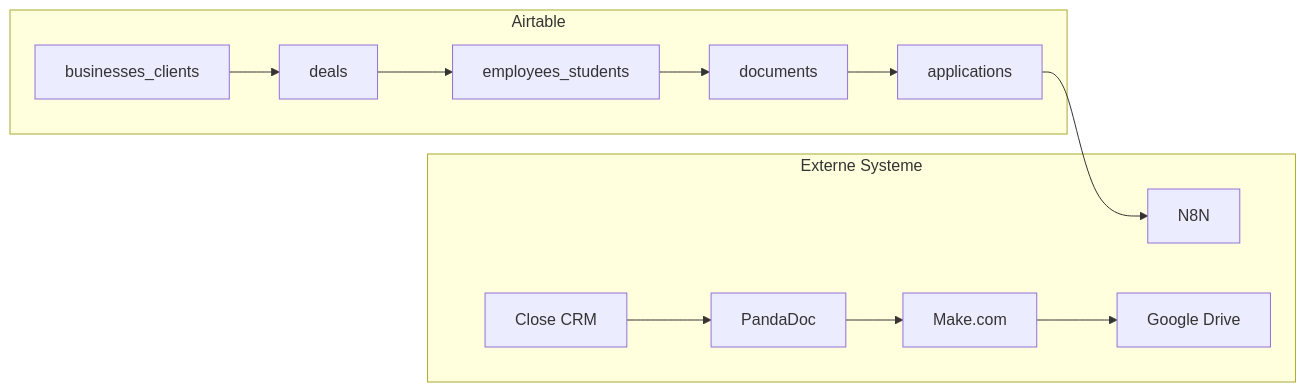
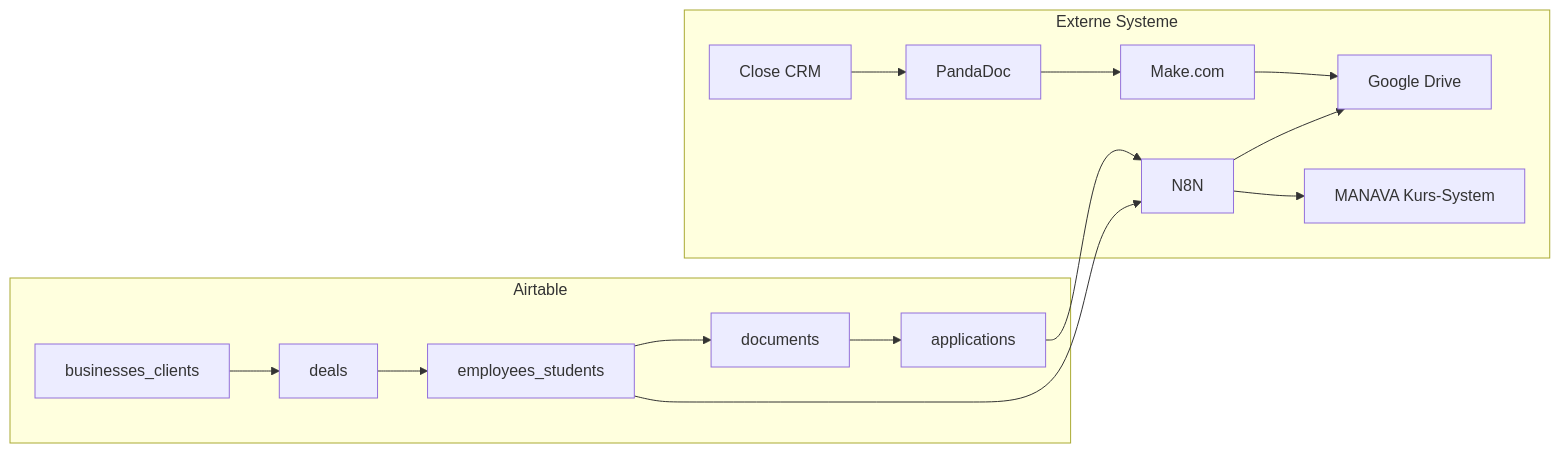
Before and after one commit to dominiquera/izb-testing-suite: the second of 2 diagrams in docs/PROCESS_FLOW.md, drawn with Mermaid. The commit also changed other lines of this file and 7 other files, not shown here.

````diff
--- a/docs/PROCESS_FLOW.md
+++ b/docs/PROCESS_FLOW.md
@@ -33,24 +37,27 @@
 ```mermaid
 flowchart LR
     subgraph airtable["Airtable"]
         BIZ[businesses_clients]
         DEAL[deals]
         EMP[employees_students]
         DOC[documents]
         APP[applications]
     end
 
     subgraph external["Externe Systeme"]
         CLOSE[Close CRM]
         PANDA[PandaDoc]
         MAKE[Make.com]
         N8N[N8N]
         GDRIVE[Google Drive]
+        MANAVA[MANAVA Kurs-System]
     end
 
     BIZ --> DEAL --> EMP --> DOC --> APP
     APP --> N8N
     CLOSE --> PANDA
     PANDA --> MAKE
     MAKE --> GDRIVE
+    EMP --> N8N --> MANAVA
+    N8N --> GDRIVE
 ```
````
